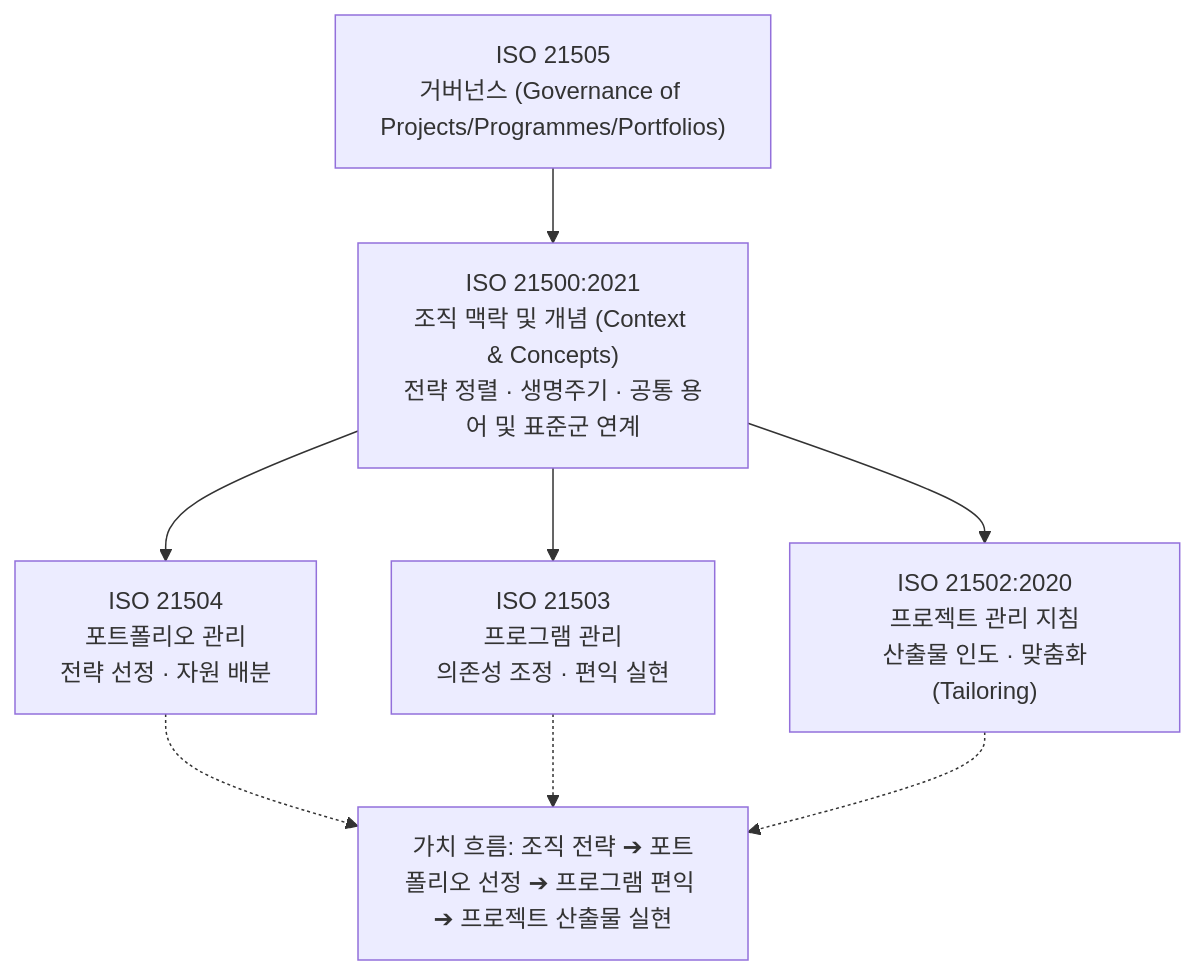
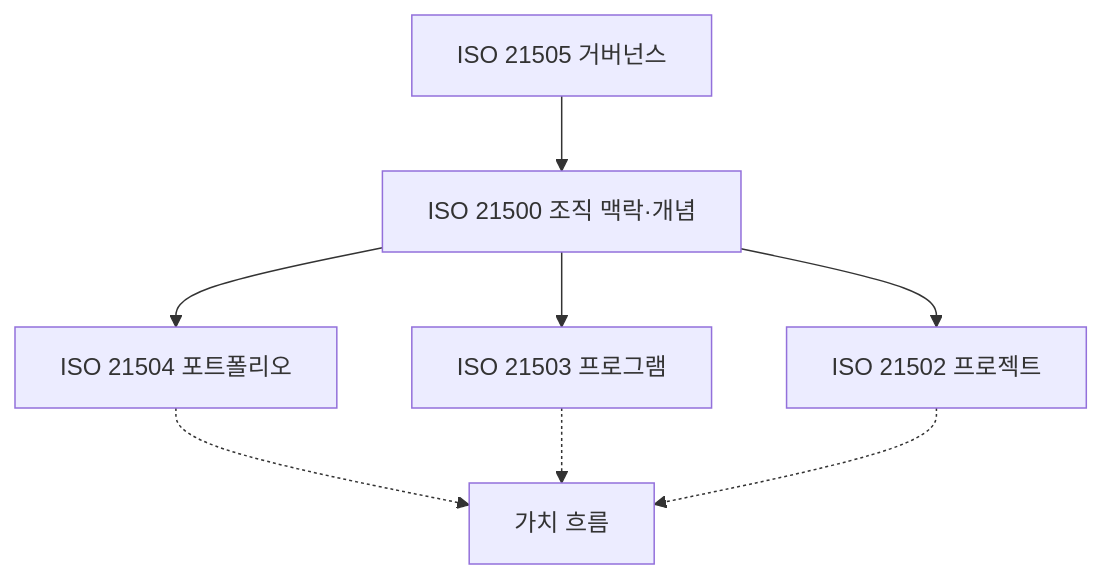
One commit to agnusdei1207/study changed the fourth of 4 diagrams in src/content/docs/notes/itpe/01-it-strategy/043_iso_21500.md. Above: the diagram before and after it, drawn with Mermaid. The commit also changed other lines of this file and 19 other files, not shown here.

````diff
--- a/src/content/docs/notes/itpe/01-it-strategy/043_iso_21500.md
+++ b/src/content/docs/notes/itpe/01-it-strategy/043_iso_21500.md
@@ -172,14 +142,10 @@
 ```mermaid
 flowchart TD
-    G["ISO 21505<br/>거버넌스 (Governance of Projects/Programmes/Portfolios)"]
-    G --> C["ISO 21500:2021<br/>조직 맥락 및 개념 (Context & Concepts)<br/>전략 정렬 · 생명주기 · 공통 용어 및 표준군 연계"]
-    
-    C --> P4["ISO 21504<br/>포트폴리오 관리<br/>전략 선정 · 자원 배분"]
-    C --> P3["ISO 21503<br/>프로그램 관리<br/>의존성 조정 · 편익 실현"]
-    C --> P2["ISO 21502:2020<br/>프로젝트 관리 지침<br/>산출물 인도 · 맞춤화(Tailoring)"]
-    
-    VF["가치 흐름: 조직 전략 ➔ 포트폴리오 선정 ➔ 프로그램 편익 ➔ 프로젝트 산출물 실현"]
-    P4 -.-> VF
+    G["ISO 21505 거버넌스"] --> C["ISO 21500 조직 맥락·개념"]
+    C --> P4["ISO 21504 포트폴리오"]
+    C --> P3["ISO 21503 프로그램"]
+    C --> P2["ISO 21502 프로젝트"]
+    P4 -.-> VF["가치 흐름"]
     P3 -.-> VF
     P2 -.-> VF
 ```
````
